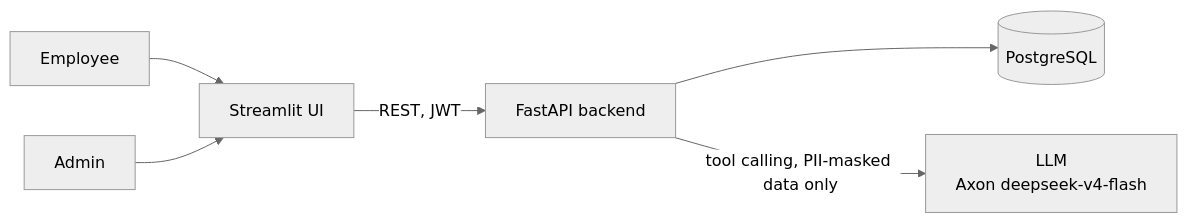
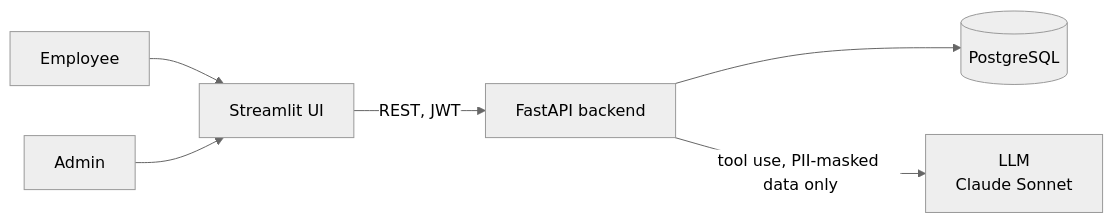
The first of 8 diagrams in attendance-platform/docs/ARCHITECTURE.md (gpr-27/Assignment), drawn with Mermaid (neutral theme) before and after one commit. The commit also changed other lines of this file and 14 other files, not shown here.

First line of the commit message:
Switch LLM integration from Agent Router to official Anthropic API.

````diff
--- a/attendance-platform/docs/ARCHITECTURE.md
+++ b/attendance-platform/docs/ARCHITECTURE.md
@@ -5,8 +5,8 @@
 ```mermaid
 flowchart LR
     E[Employee] --> UI[Streamlit UI]
     A[Admin] --> UI
     UI -->|REST, JWT| API[FastAPI backend]
     API --> PG[(PostgreSQL)]
-    API -->|tool calling, PII-masked data only| LLM[LLM<br/>Axon deepseek-v4-flash]
+    API -->|tool use, PII-masked data only| LLM[LLM<br/>Claude Sonnet]
 ```
````
